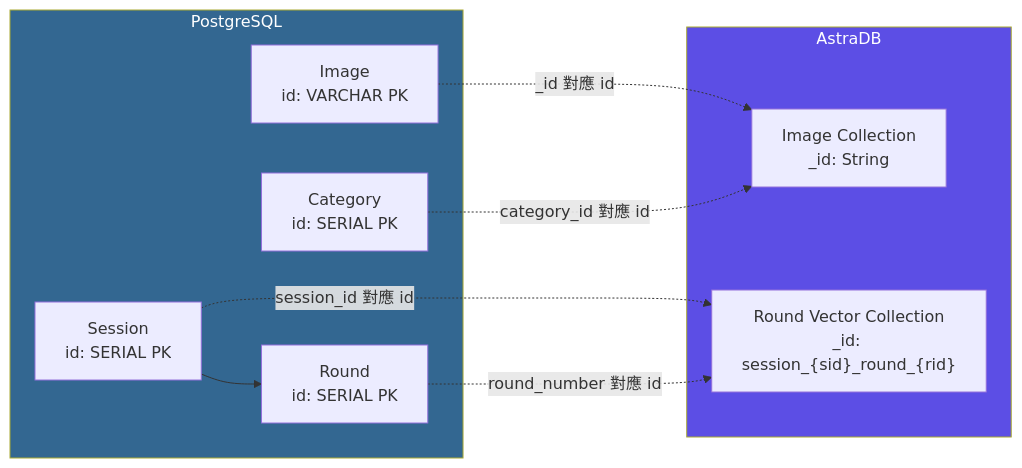
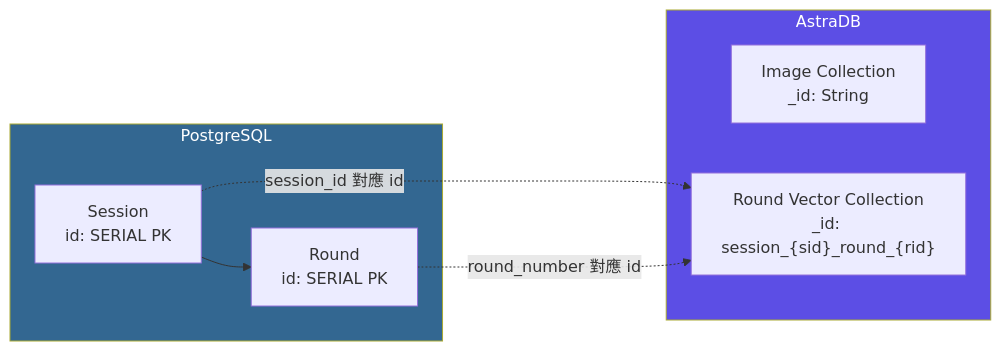
The fourth of 4 diagrams in docs/database-schema.md (IamWilson1209/aurawear), drawn with Mermaid before and after one commit. The commit also changed other lines of this file, not shown here.

Commit message:
fix/db diagram issue

````diff
--- a/docs/database-schema.md
+++ b/docs/database-schema.md
@@ -396,24 +359,20 @@
 ```mermaid
 flowchart LR
     subgraph PostgreSQL
-        PG_Image["Image<br/>id: VARCHAR PK"]
         PG_Session["Session<br/>id: SERIAL PK"]
         PG_Round["Round<br/>id: SERIAL PK"]
-        PG_Category["Category<br/>id: SERIAL PK"]
 
         PG_Session --> PG_Round
     end
 
     subgraph AstraDB
         Astra_Image["Image Collection<br/>_id: String"]
         Astra_Round["Round Vector Collection<br/>_id: session_{sid}_round_{rid}"]
     end
 
-    PG_Image -. "_id 對應 id" .-> Astra_Image
-    PG_Category -. "category_id 對應 id" .-> Astra_Image
     PG_Session -. "session_id 對應 id" .-> Astra_Round
     PG_Round -. "round_number 對應 id" .-> Astra_Round
 
     style PostgreSQL fill:#336791,color:#fff
     style AstraDB fill:#5C4EE5,color:#fff
 ```
````
